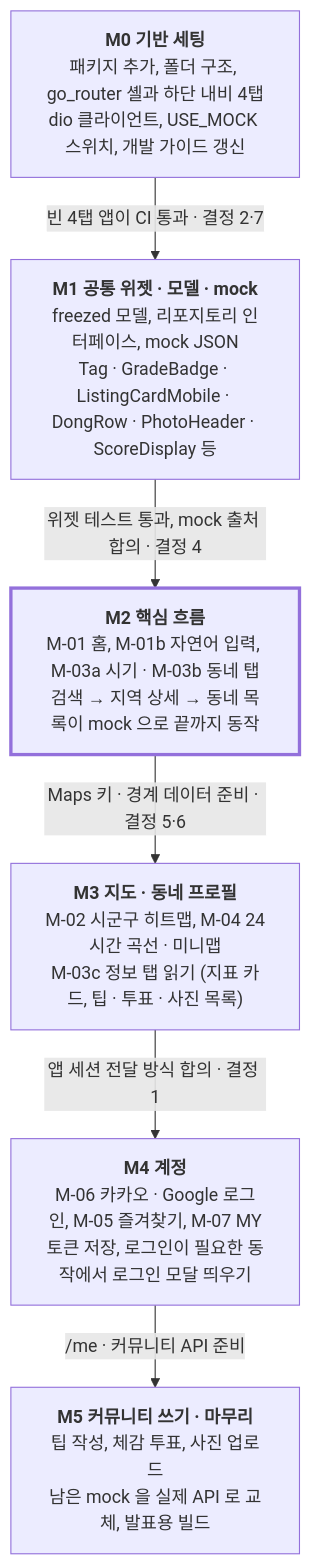
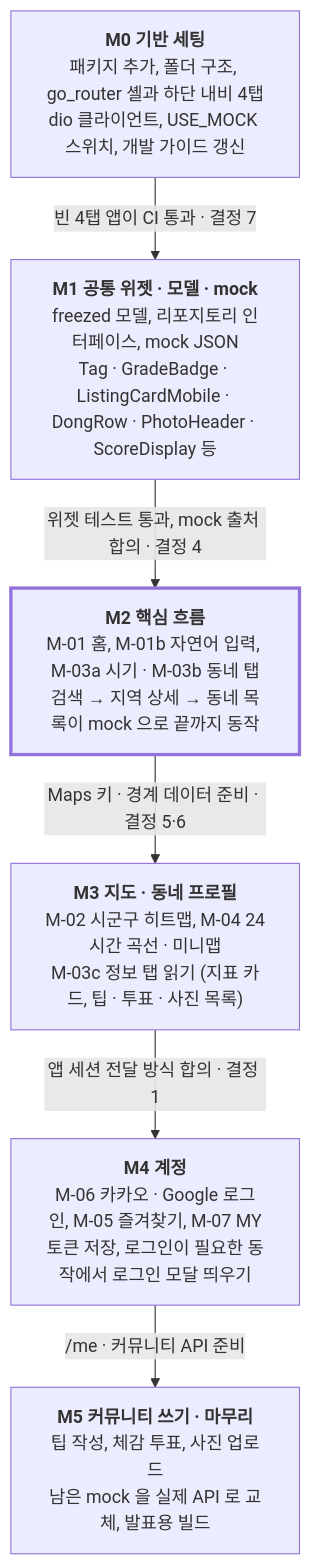
One commit to AKGACHUGGI/workation-mobile changed the diagram in docs/plans/2026-11-08-모바일-구현-plan.md. Above: the diagram before and after it, drawn with Mermaid. The commit also changed other lines of this file, not shown here.

````diff
--- a/docs/plans/2026-11-08-모바일-구현-plan.md
+++ b/docs/plans/2026-11-08-모바일-구현-plan.md
@@ -137,15 +137,15 @@
 ```mermaid
 flowchart TD
   M0["<b>M0 기반 세팅</b><br/>패키지 추가, 폴더 구조, go_router 셸과 하단 내비 4탭<br/>dio 클라이언트, USE_MOCK 스위치, 개발 가이드 갱신"]
   M1["<b>M1 공통 위젯 · 모델 · mock</b><br/>freezed 모델, 리포지토리 인터페이스, mock JSON<br/>Tag · GradeBadge · ListingCardMobile · DongRow · PhotoHeader · ScoreDisplay 등"]
   M2["<b>M2 핵심 흐름</b><br/>M-01 홈, M-01b 자연어 입력, M-03a 시기 · M-03b 동네 탭<br/>검색 → 지역 상세 → 동네 목록이 mock 으로 끝까지 동작"]
   M3["<b>M3 지도 · 동네 프로필</b><br/>M-02 시군구 히트맵, M-04 24시간 곡선 · 미니맵<br/>M-03c 정보 탭 읽기 (지표 카드, 팁 · 투표 · 사진 목록)"]
   M4["<b>M4 계정</b><br/>M-06 카카오 · Google 로그인, M-05 즐겨찾기, M-07 MY<br/>토큰 저장, 로그인이 필요한 동작에서 로그인 모달 띄우기"]
   M5["<b>M5 커뮤니티 쓰기 · 마무리</b><br/>팁 작성, 체감 투표, 사진 업로드<br/>남은 mock 을 실제 API 로 교체, 발표용 빌드"]
-  M0 -->|"빈 4탭 앱이 CI 통과 · 결정 2·7"| M1
+  M0 -->|"빈 4탭 앱이 CI 통과 · 결정 7"| M1
   M1 -->|"위젯 테스트 통과, mock 출처 합의 · 결정 4"| M2
   M2 -->|"Maps 키 · 경계 데이터 준비 · 결정 5·6"| M3
   M3 -->|"앱 세션 전달 방식 합의 · 결정 1"| M4
   M4 -->|"/me · 커뮤니티 API 준비"| M5
   style M2 stroke-width:3px
 ```
````
